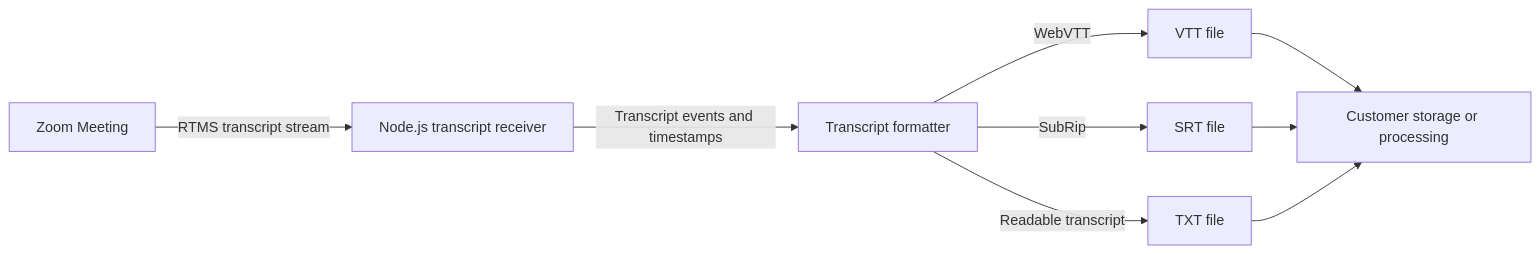
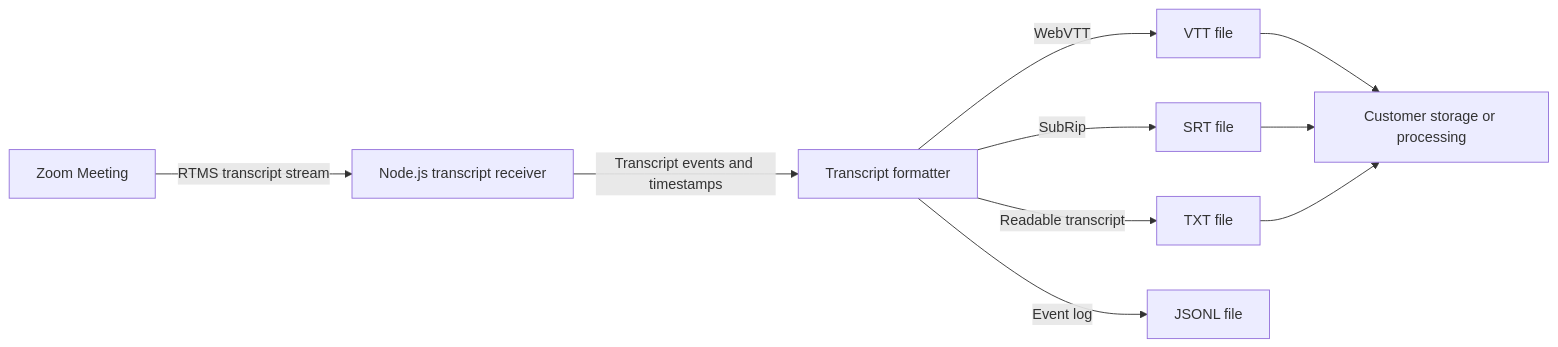
Before and after one commit to zoom/blueprints: the diagram in blueprints/meeting-transcript-quickstart/architecture.mmd, drawn with Mermaid. The commit also changed 1 other file, not shown here.

```diff
--- a/blueprints/meeting-transcript-quickstart/architecture.mmd
+++ b/blueprints/meeting-transcript-quickstart/architecture.mmd
@@ -1,9 +1,10 @@
 flowchart LR
     A[Zoom Meeting] -->|RTMS transcript stream| B[Node.js transcript receiver]
     B -->|Transcript events and timestamps| C[Transcript formatter]
     C -->|WebVTT| D[VTT file]
     C -->|SubRip| E[SRT file]
     C -->|Readable transcript| F[TXT file]
+    C -->|Event log| H[JSONL file]
     D --> G[Customer storage or processing]
     E --> G
     F --> G
```
